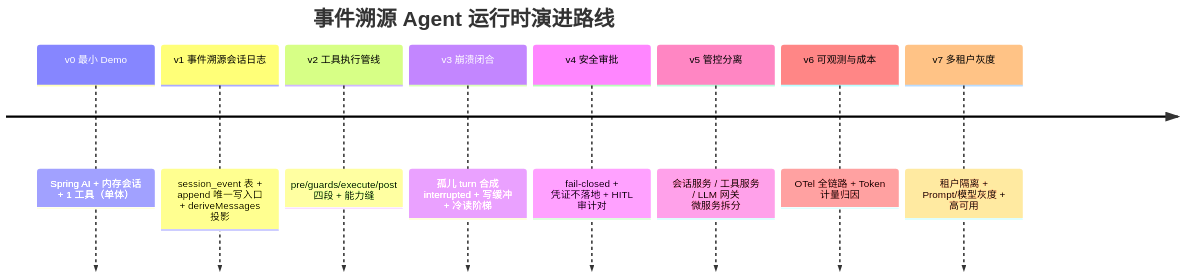
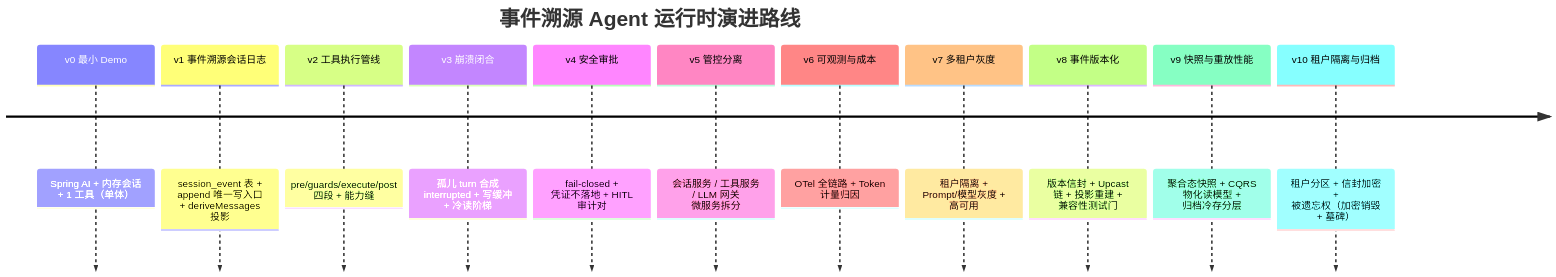
One commit to UranusGit/java-agent-learn changed the second of 2 diagrams in docs/项目/13-事件溯源Agent运行时平台/00-需求分析与架构设计.md. Above: the diagram before and after it, drawn with Mermaid. The commit also changed other lines of this file and 114 other files, not shown here.

````diff
--- a/docs/项目/13-事件溯源Agent运行时平台/00-需求分析与架构设计.md
+++ b/docs/项目/13-事件溯源Agent运行时平台/00-需求分析与架构设计.md
@@ -72,12 +90,15 @@
 ```mermaid
 timeline
     title 事件溯源 Agent 运行时演进路线
     v0 最小 Demo : Spring AI + 内存会话 + 1 工具（单体）
     v1 事件溯源会话日志 : session_event 表 + append 唯一写入口 + deriveMessages 投影
     v2 工具执行管线 : pre/guards/execute/post 四段 + 能力缝
     v3 崩溃闭合 : 孤儿 turn 合成 interrupted + 写缓冲 + 冷读阶梯
     v4 安全审批 : fail-closed + 凭证不落地 + HITL 审计对
     v5 管控分离 : 会话服务 / 工具服务 / LLM 网关 微服务拆分
     v6 可观测与成本 : OTel 全链路 + Token 计量归因
     v7 多租户灰度 : 租户隔离 + Prompt/模型灰度 + 高可用
+    v8 事件版本化 : 版本信封 + Upcast 链 + 投影重建 + 兼容性测试门
+    v9 快照与重放性能 : 聚合态快照 + CQRS 物化读模型 + 归档冷存分层
+    v10 租户隔离与归档 : 租户分区 + 信封加密 + 被遗忘权（加密销毁 + 墓碑）
 ```
````
